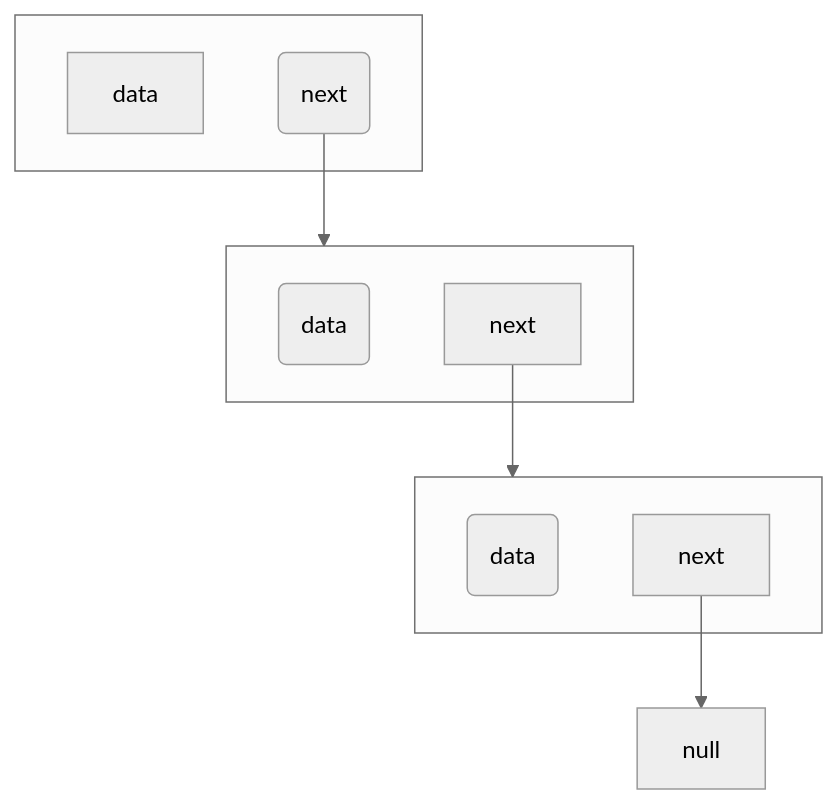
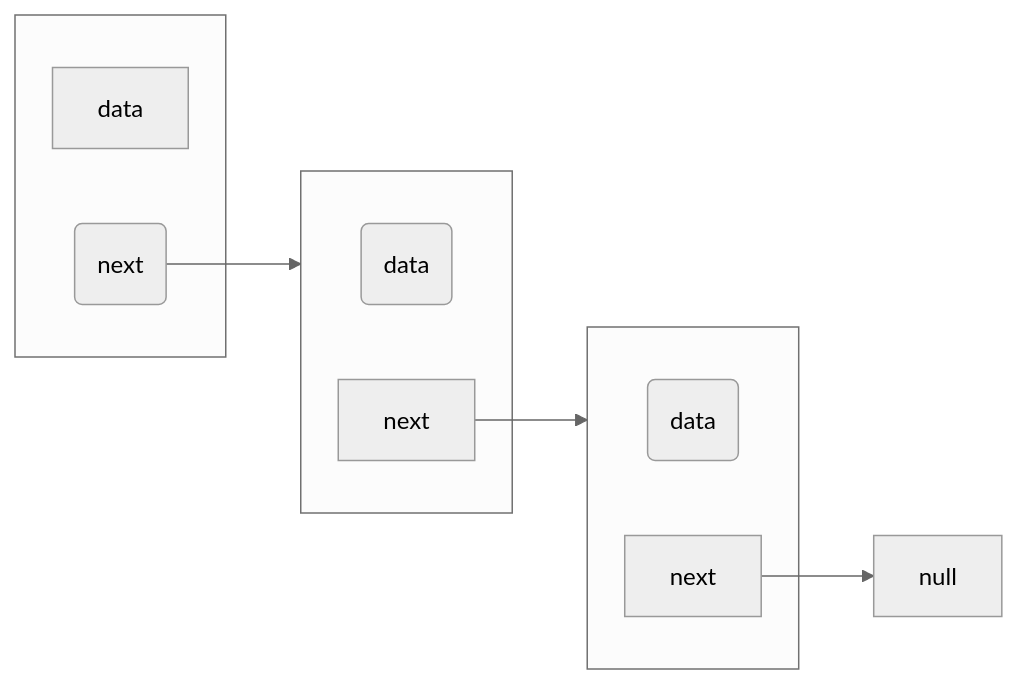
Before and after one commit to bobbykjack/sandbox: the fifth of 5 diagrams in test.markdown, drawn with Mermaid (neutral theme).

````diff
--- a/test.markdown
+++ b/test.markdown
@@ -38,21 +38,21 @@
 ```mermaid
-flowchart TB
+flowchart LR
     subgraph one[" "]
     data1[data]
     next1(next)
     end
 
     subgraph two[" "]
     data2(data)
     next2[next]
     end
 
     subgraph three[" "]
     data3(data)
     next3[next]
     end
 
     next1-->two
     next2-->three
     next3-->null
 ```
````
